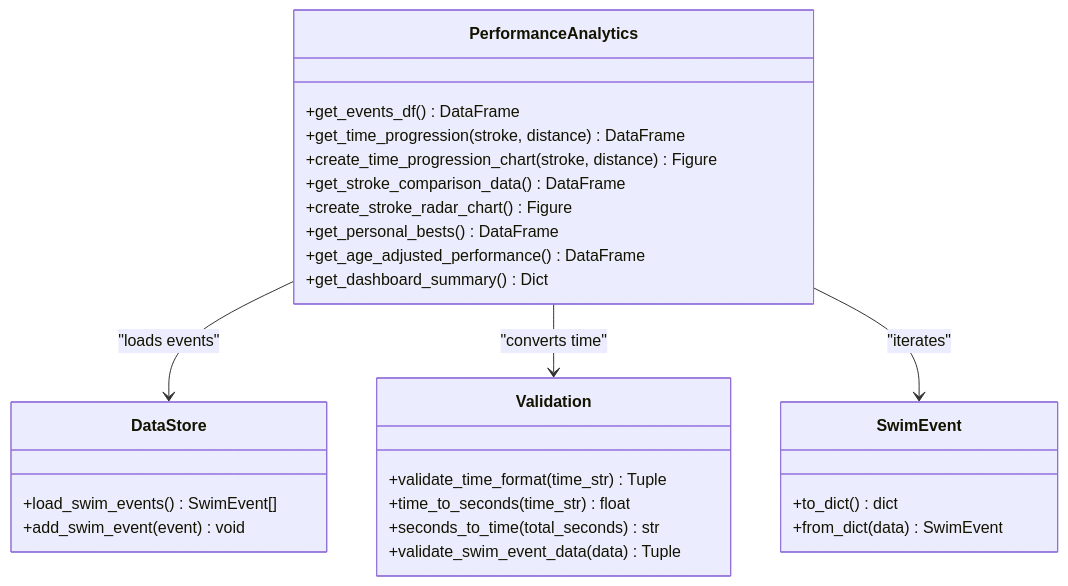
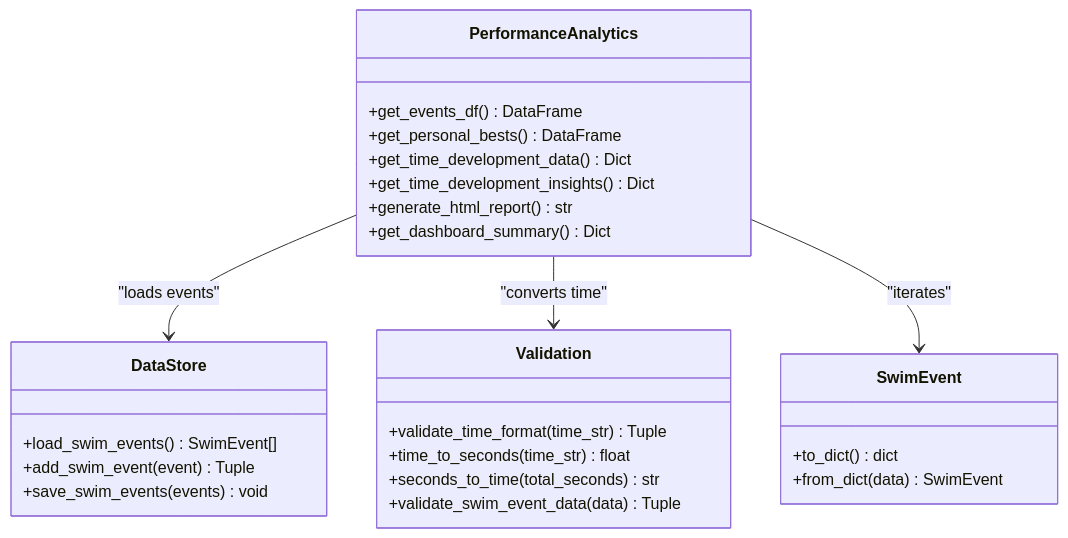
The third of 6 diagrams in .qoder/repowiki/en/content/Feature Modules/Analytics Engine.md (Johnny22056/SwimingStatus), drawn with Mermaid before and after one commit. The commit also changed other lines of this file and 8 other files, not shown here.

````diff
--- a/.qoder/repowiki/en/content/Feature Modules/Analytics Engine.md
+++ b/.qoder/repowiki/en/content/Feature Modules/Analytics Engine.md
@@ -152,30 +153,29 @@
 ```mermaid
 classDiagram
 class PerformanceAnalytics {
 +get_events_df() DataFrame
-+get_time_progression(stroke, distance) DataFrame
-+create_time_progression_chart(stroke, distance) Figure
-+get_stroke_comparison_data() DataFrame
-+create_stroke_radar_chart() Figure
 +get_personal_bests() DataFrame
-+get_age_adjusted_performance() DataFrame
++get_time_development_data() Dict
++get_time_development_insights() Dict
++generate_html_report() str
 +get_dashboard_summary() Dict
 }
 class DataStore {
 +load_swim_events() SwimEvent[]
-+add_swim_event(event) void
++add_swim_event(event) Tuple
++save_swim_events(events) void
 }
 class SwimEvent {
 +to_dict() dict
 +from_dict(data) SwimEvent
 }
 class Validation {
 +validate_time_format(time_str) Tuple
 +time_to_seconds(time_str) float
 +seconds_to_time(total_seconds) str
 +validate_swim_event_data(data) Tuple
 }
 PerformanceAnalytics --> DataStore : "loads events"
 PerformanceAnalytics --> Validation : "converts time"
 PerformanceAnalytics --> SwimEvent : "iterates"
 ```
````
